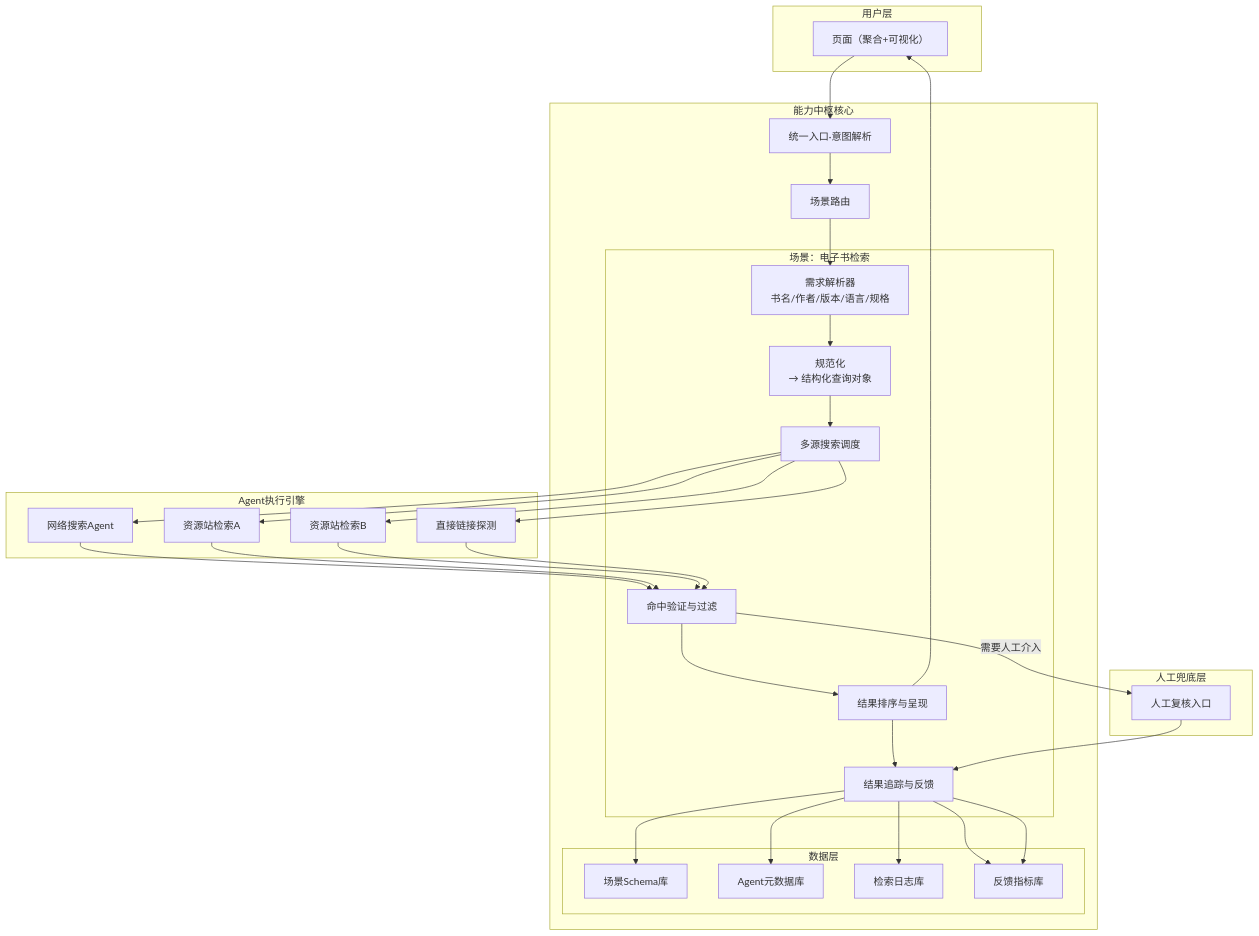
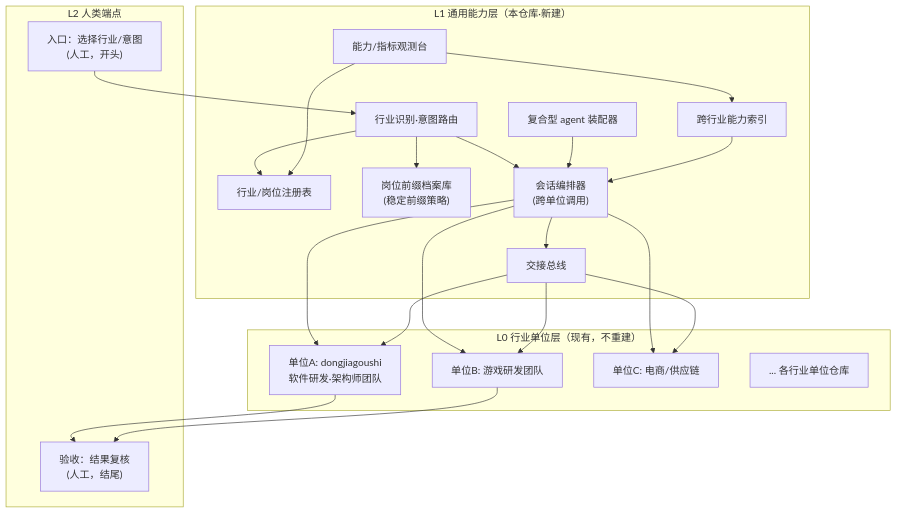
Before and after one commit to haodongzhang022-hue/hanghangchuzhuangyuan: the diagram in docs/legacy/ebook-sousuozengqiang/ARCHITECTURE-ebook.md, drawn with Mermaid. The commit also changed other lines of this file and 2 other files, not shown here.

````diff
--- a/docs/legacy/ebook-sousuozengqiang/ARCHITECTURE-ebook.md
+++ b/docs/legacy/ebook-sousuozengqiang/ARCHITECTURE-ebook.md
@@ -40,62 +41,43 @@
 ```mermaid
 flowchart TB
-    subgraph USER["用户层"]
-        UI["页面（聚合+可视化）"]
+    subgraph L0["L0 行业单位层（现有，不重建）"]
+        U1["单位A: dongjiagoushi<br/>软件研发·架构师团队"]
+        U2["单位B: 游戏研发团队"]
+        U3["单位C: 电商/供应链"]
+        UN["... 各行业单位仓库"]
     end
 
-    subgraph CORE["能力中枢核心"]
-        GATE["统一入口·意图解析"]
-        ROUTER["场景路由"]
-        
-        subgraph SCENE1["场景：电子书检索"]
-            PARSER["需求解析器<br/>书名/作者/版本/语言/规格"]
-            NORMALIZE["规范化<br/>→ 结构化查询对象"]
-            SEARCH["多源搜索调度"]
-            VERIFY["命中验证与过滤"]
-            RANK["结果排序与呈现"]
-            TRACK["结果追踪与反馈"]
-        end
-        
-        subgraph DB["数据层"]
-            SCHEMA["场景Schema库"]
-            META["Agent元数据库"]
-            LOGS["检索日志库"]
-            FEEDBACK["反馈指标库"]
-        end
+    subgraph L1["L1 通用能力层（本仓库·新建）"]
+        GATE["行业识别·意图路由"]
+        REG["行业/岗位注册表"]
+        PROF["岗位前缀档案库<br/>(稳定前缀策略)"]
+        SESS["会话编排器<br/>(跨单位调用)"]
+        HUB["交接总线"]
+        COMP["复合型 agent 装配器"]
+        META["能力/指标观测台"]
+        INDEX["跨行业能力索引"]
     end
 
-    subgraph AGENT["Agent执行引擎"]
-        NET_SEARCH["网络搜索Agent"]
-        SOURCE_A["资源站检索A"]
-        SOURCE_B["资源站检索B"]
-        DIRECT["直接链接探测"]
+    subgraph L2["L2 人类端点"]
+        H_IN["入口：选择行业/意图<br/>(人工，开头)"]
+        H_OUT["验收：结果复核<br/>(人工，结尾)"]
     end
 
-    subgraph HUMAN["人工兜底层"]
-        MANUAL["人工复核入口"]
-    end
-
-    UI --> GATE
-    GATE --> ROUTER
-    ROUTER --> PARSER
-    PARSER --> NORMALIZE
-    NORMALIZE --> SEARCH
-    SEARCH --> NET_SEARCH
-    SEARCH --> SOURCE_A
-    SEARCH --> SOURCE_B
-    SEARCH --> DIRECT
-    NET_SEARCH --> VERIFY
-    SOURCE_A --> VERIFY
-    SOURCE_B --> VERIFY
-    DIRECT --> VERIFY
-    VERIFY --> RANK
-    RANK --> TRACK
-    TRACK --> FEEDBACK
-    TRACK --> SCHEMA
-    TRACK --> META
-    TRACK --> LOGS
-    TRACK --> FEEDBACK
-    RANK --> UI
-    VERIFY -- "需要人工介入" --> MANUAL
-    MANUAL --> TRACK
+    H_IN --> GATE
+    GATE --> REG
+    GATE --> PROF
+    GATE --> SESS
+    SESS --> U1
+    SESS --> U2
+    SESS --> U3
+    SESS --> HUB
+    COMP --> SESS
+    HUB --> U1
+    HUB --> U2
+    HUB --> U3
+    META --> REG
+    META --> INDEX
+    INDEX --> SESS
+    U1 --> H_OUT
+    U2 --> H_OUT
 ```
````
